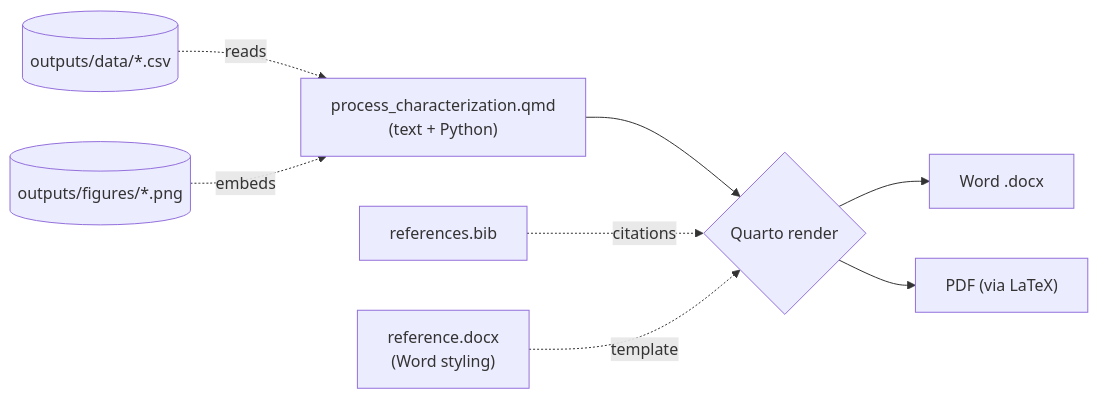
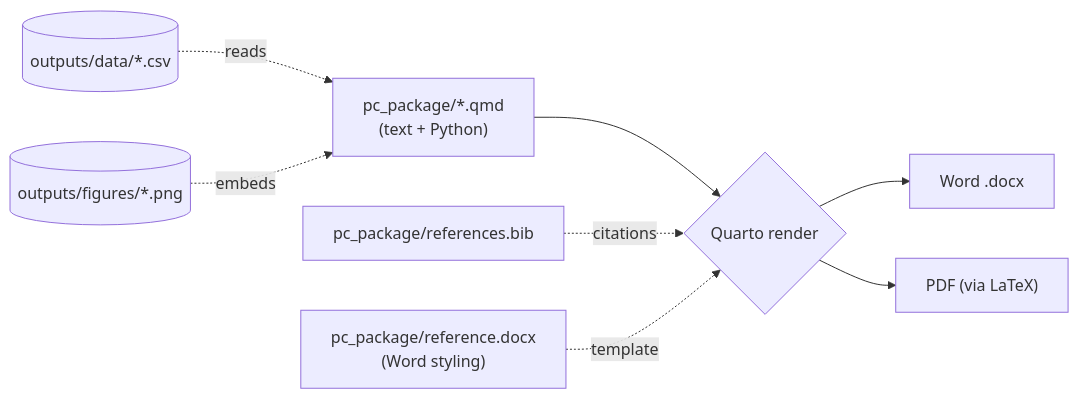
One commit to MoritzImendoerffer/synthetic_data changed the seventh of 12 diagrams in docs/WORKFLOW.md. Above: the diagram before and after it, drawn with Mermaid. The commit also changed other lines of this file and 4 other files, not shown here.

````diff
--- a/docs/WORKFLOW.md
+++ b/docs/WORKFLOW.md
@@ -293,10 +304,10 @@
 ```mermaid
 flowchart LR
-    QMD["process_characterization.qmd<br/>(text + Python)"] --> Q{"Quarto render"}
+    QMD["pc_package/*.qmd<br/>(text + Python)"] --> Q{"Quarto render"}
     DATA[("outputs/data/*.csv")] -.reads.-> QMD
     PNG[("outputs/figures/*.png")] -.embeds.-> QMD
-    BIB["references.bib"] -.citations.-> Q
-    REF["reference.docx<br/>(Word styling)"] -.template.-> Q
+    BIB["pc_package/references.bib"] -.citations.-> Q
+    REF["pc_package/reference.docx<br/>(Word styling)"] -.template.-> Q
     Q --> DOCX["Word .docx"]
     Q --> PDF["PDF (via LaTeX)"]
 ```
````
